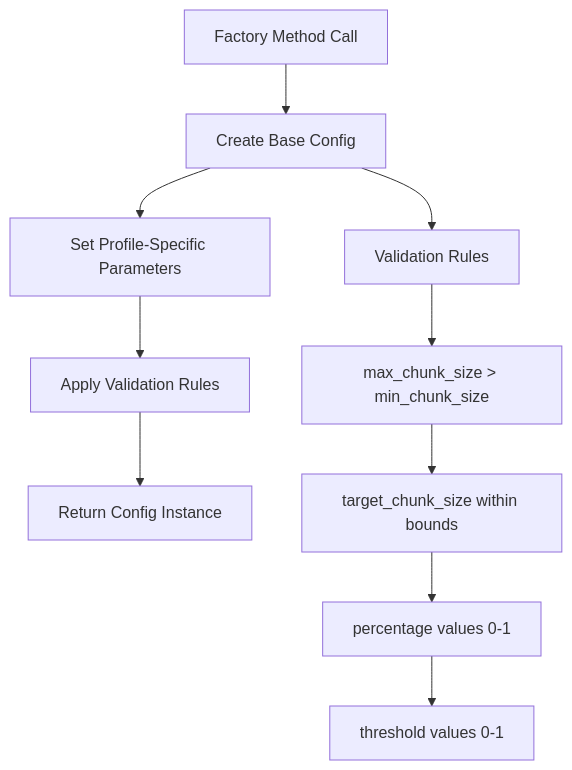
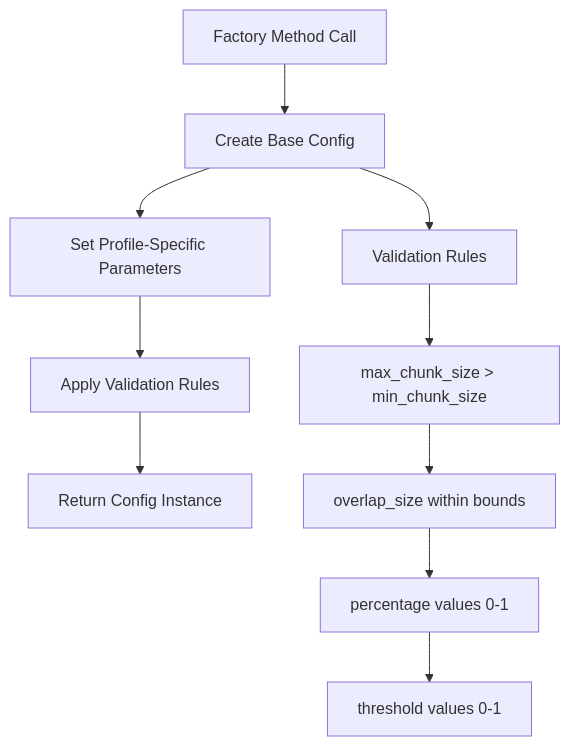
One commit to asukhodko/dify-markdown-chunker changed the third of 5 diagrams in .qoder/repowiki/en/content/Core Concepts/Configuration Profiles.md. Above: the diagram before and after it, drawn with Mermaid. The commit also changed other lines of this file and 6 other files, not shown here.

First line of the commit message:
docs(architecture): add detailed architecture audit and redesign documentation

````diff
--- a/.qoder/repowiki/en/content/Core Concepts/Configuration Profiles.md
+++ b/.qoder/repowiki/en/content/Core Concepts/Configuration Profiles.md
@@ -167,12 +152,12 @@
 ```mermaid
 flowchart TD
 A[Factory Method Call] --> B[Create Base Config]
 B --> C[Set Profile-Specific Parameters]
 C --> D[Apply Validation Rules]
 D --> E[Return Config Instance]
 F[Validation Rules] --> G[max_chunk_size > min_chunk_size]
-G --> H[target_chunk_size within bounds]
+G --> H[overlap_size within bounds]
 H --> I[percentage values 0-1]
 I --> J[threshold values 0-1]
 B --> F
 ```
````
